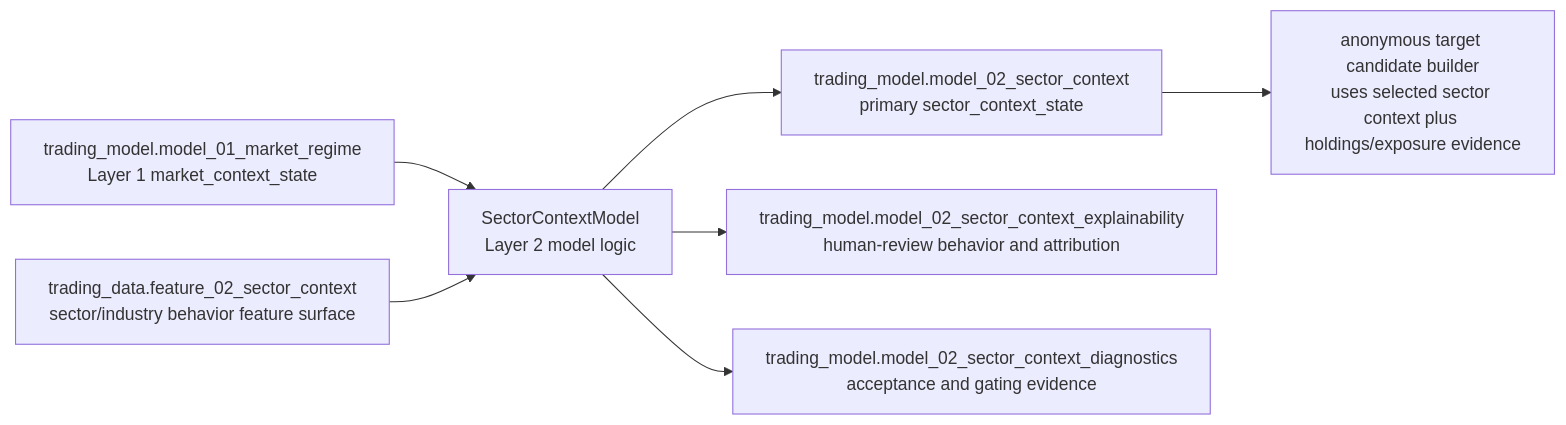
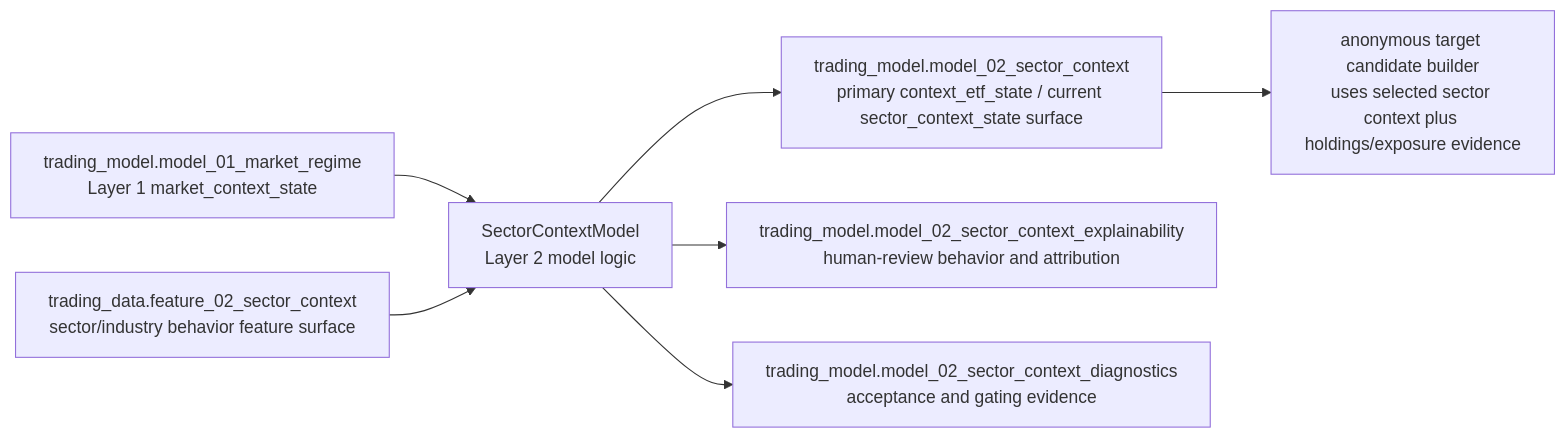
Before and after one commit to gilmore307/trading-model: the diagram in docs/11_layer_02_sector_context.md, drawn with Mermaid. The commit also changed other lines of this file and 7 other files, not shown here.

Commit message:
Document Layer 2 ETF context routing

````diff
--- a/docs/11_layer_02_sector_context.md
+++ b/docs/11_layer_02_sector_context.md
@@ -18,16 +18,16 @@
 ```mermaid
 flowchart LR
     l1["trading_model.model_01_market_regime<br/>Layer 1 market_context_state"]
     feature["trading_data.feature_02_sector_context<br/>sector/industry behavior feature surface"]
     model["SectorContextModel<br/>Layer 2 model logic"]
-    output["trading_model.model_02_sector_context<br/>primary sector_context_state"]
+    output["trading_model.model_02_sector_context<br/>primary context_etf_state / current sector_context_state surface"]
     explain["trading_model.model_02_sector_context_explainability<br/>human-review behavior and attribution"]
     diagnostics["trading_model.model_02_sector_context_diagnostics<br/>acceptance and gating evidence"]
     builder["anonymous target candidate builder<br/>uses selected sector context plus holdings/exposure evidence"]
 
     l1 --> model
     feature --> model
     model --> output --> builder
     model --> explain
     model --> diagnostics
 ```
````
